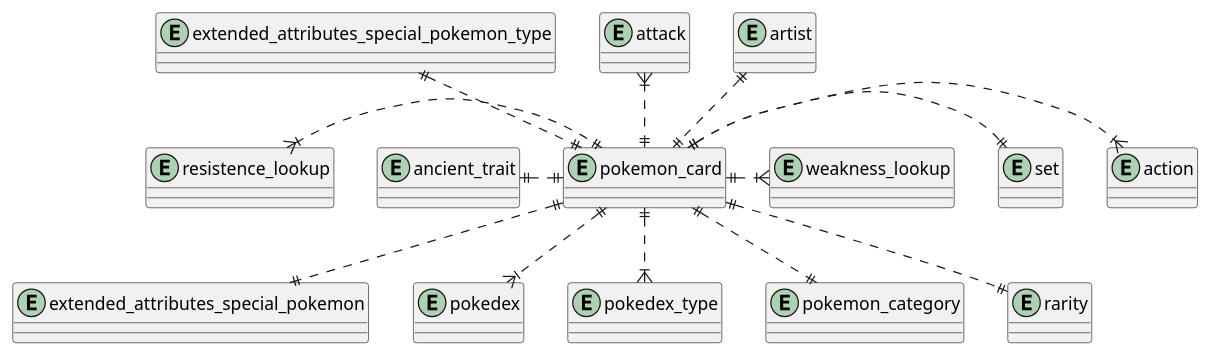
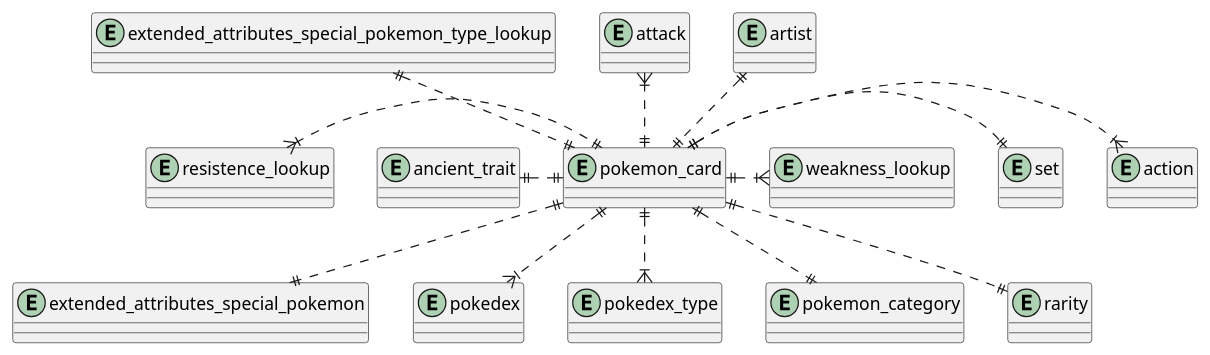
Before and after one commit to pkgreen90/pokemon-tcg-data: the diagram in schema/entity_relationship_diagrams/pokemon-card-relationships.puml, drawn with PlantUML. The commit also changed 7 other files, not shown here.

Commit message:
Upated plantuml diagrams and files

```diff
--- a/schema/entity_relationship_diagrams/pokemon-card-relationships.puml
+++ b/schema/entity_relationship_diagrams/pokemon-card-relationships.puml
@@ -1,32 +1,32 @@
 @startuml pokemon-card-relationships
 
 entity "action" as action {}
 entity "ancient_trait" as ancient_trait {}
 entity "artist" as artist {}
 entity "attack" as attack {}
 entity "extended_attributes_special_pokemon" as extended_attributes_special_pokemon {}
-entity "extended_attributes_special_pokemon_type" as extended_attributes_special_pokemon_type {}
+entity "extended_attributes_special_pokemon_type_lookup" as extended_attributes_special_pokemon_type_lookup {}
 entity "pokedex" as pokedex {}
 entity "pokedex_type" as pokedex_type {}
 entity "pokemon_card" as pokemon_card {}
 entity "pokemon_category" as pokemon_category {}
 entity "rarity" as rarity {}
 entity "resistence_lookup" as resistence_lookup {}
 entity "set" as set {}
 entity "weakness_lookup" as weakness_lookup {}
 
 pokemon_card ||..right|{ action
 pokemon_card ||..left|| ancient_trait
 pokemon_card ||..up|| artist
 pokemon_card ||..up|{ attack
 pokemon_card ||..|| extended_attributes_special_pokemon
-pokemon_card ||..up|| extended_attributes_special_pokemon_type
+pokemon_card ||..up|| extended_attributes_special_pokemon_type_lookup
 pokemon_card ||..|{ pokedex
 pokemon_card ||..down|{ pokedex_type
 pokemon_card ||..down|| pokemon_category
 pokemon_card ||..down|| rarity
 pokemon_card ||..left|{ resistence_lookup
 pokemon_card ||..right|| set
 pokemon_card ||..right|{ weakness_lookup
 
 @enduml
```
